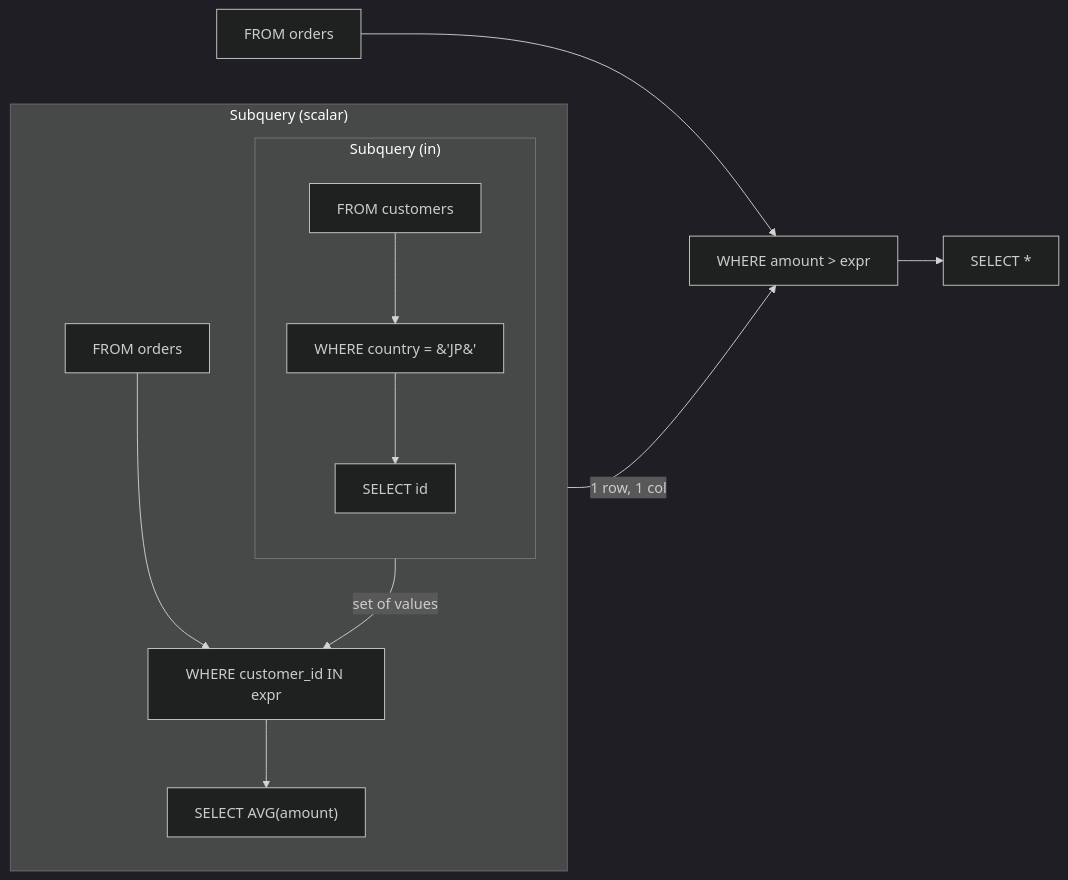
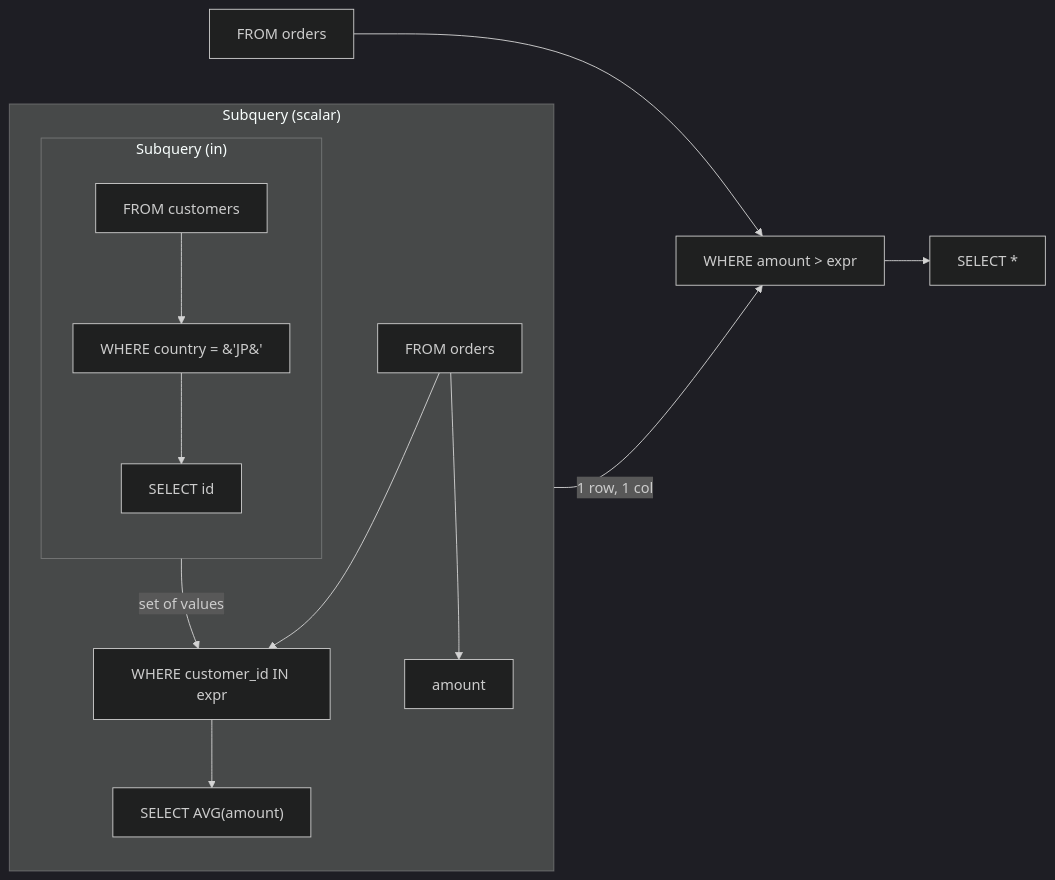
The diagram in examples/nested_subquery.mmd (rot1024/sqloflow), drawn with Mermaid (dark theme) before and after one commit. The commit also changed 51 other files, not shown here.

Commit message:
feat: impl schema view renderer

```diff
--- a/examples/nested_subquery.mmd
+++ b/examples/nested_subquery.mmd
@@ -1,24 +1,26 @@
 flowchart LR
     node_0[FROM orders]
     node_1["WHERE amount &gt; expr"]
     subgraph subquery_node_2 ["Subquery (scalar)"]
         direction TB
         subq_0_node_0[FROM orders]
-        subq_0_node_1["WHERE customer_id IN expr"]
-        subgraph subquery_subq_0_node_2 ["Subquery (in)"]
+        subq_0_node_1[amount]
+        subq_0_node_2["WHERE customer_id IN expr"]
+        subgraph subquery_subq_0_node_3 ["Subquery (in)"]
             direction TB
             subq_1_node_0[FROM customers]
             subq_1_node_1["WHERE country = &#39;JP&#39;"]
             subq_1_node_2["SELECT id"]
             subq_1_node_0 --> subq_1_node_1
             subq_1_node_1 --> subq_1_node_2
         end
-        subq_1_node_2 -->|set of values| subq_0_node_1
-        subq_0_node_3["SELECT AVG(amount)"]
+        subq_1_node_2 -->|set of values| subq_0_node_2
+        subq_0_node_4["SELECT AVG(amount)"]
         subq_0_node_0 --> subq_0_node_1
-        subq_0_node_1 --> subq_0_node_3
+        subq_0_node_0 --> subq_0_node_2
+        subq_0_node_2 --> subq_0_node_4
     end
-    subq_0_node_3 -->|1 row, 1 col| node_1
+    subq_0_node_4 -->|1 row, 1 col| node_1
     node_3["SELECT *"]
     node_0 --> node_1
     node_1 --> node_3
```
